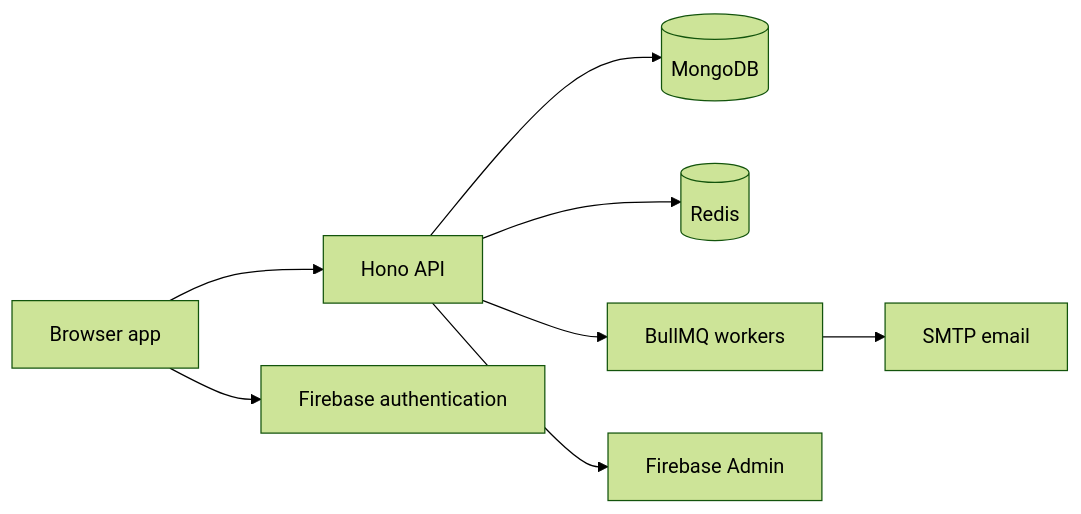
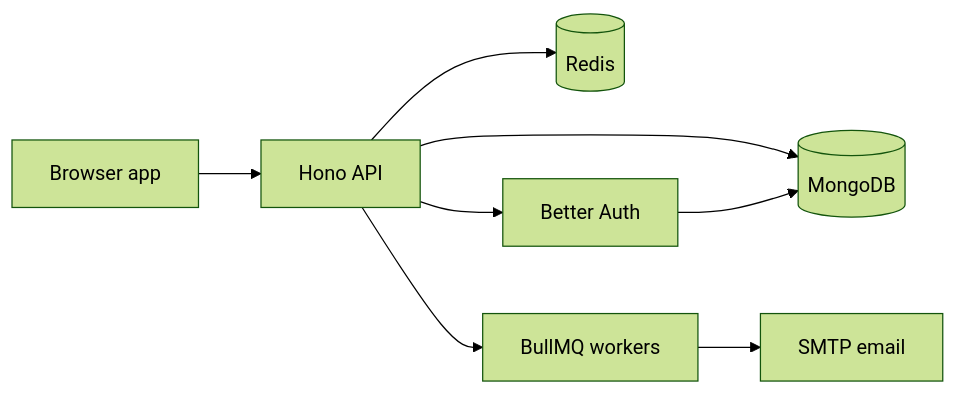
One commit to voltcrash/oxytype changed the diagram in docs/ARCHITECTURE.md. Above: the diagram before and after it, drawn with Mermaid (forest theme). The commit also changed other lines of this file and 5 other files, not shown here.

Commit message:
docs(auth): document fresh accounts and Better Auth deployment

````diff
--- a/docs/ARCHITECTURE.md
+++ b/docs/ARCHITECTURE.md
@@ -53,10 +53,10 @@
 ```mermaid
 flowchart LR
   Browser[Browser app] --> API[Hono API]
-  Browser --> Firebase[Firebase authentication]
   API --> Mongo[(MongoDB)]
   API --> Redis[(Redis)]
   API --> Queue[BullMQ workers]
-  API --> Admin[Firebase Admin]
+  API --> Auth[Better Auth]
+  Auth --> Mongo
   Queue --> Mail[SMTP email]
 ```
````
